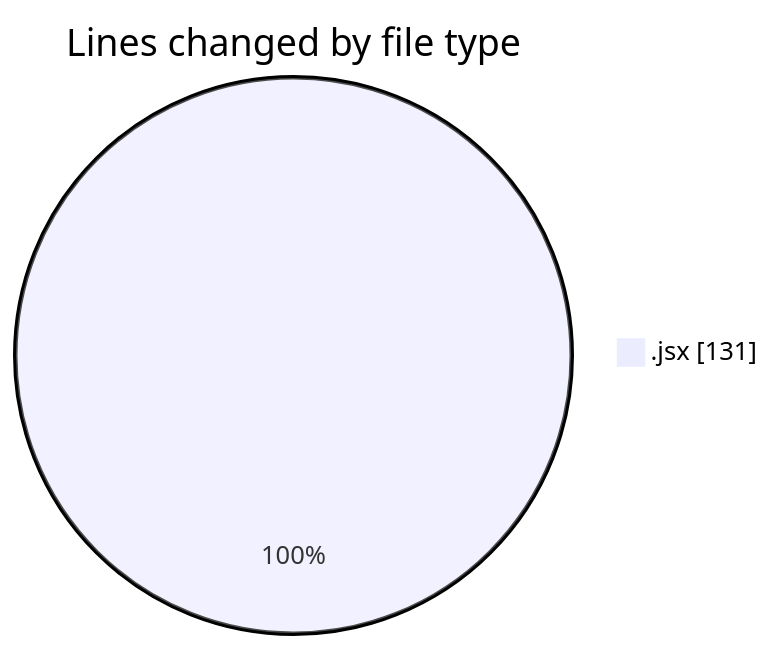
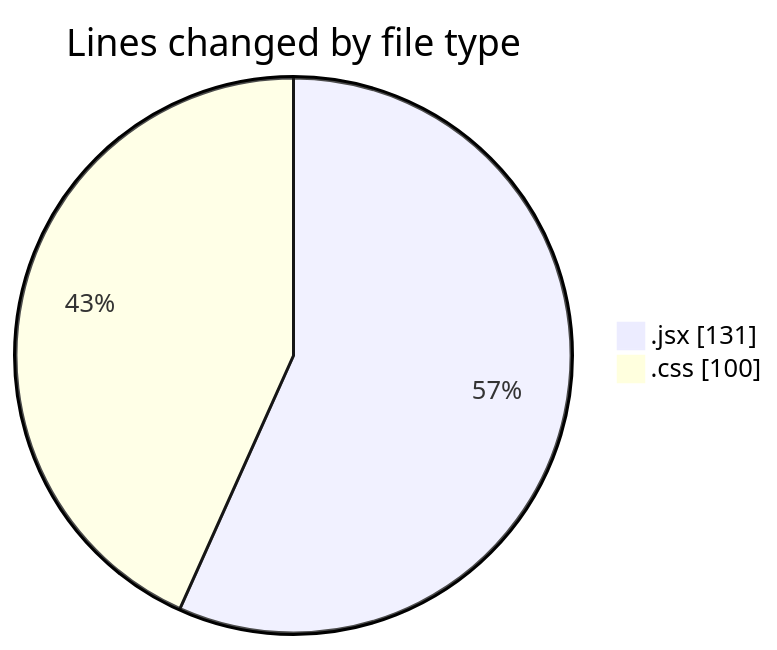
One commit to Elitesun/code-tracking changed the first of 2 diagrams in 2025-03-08/elitesgpt/README.md. Above: the diagram before and after it, drawn with Mermaid. The commit also changed other lines of this file and 1 other file, not shown here.

````diff
--- a/2025-03-08/elitesgpt/README.md
+++ b/2025-03-08/elitesgpt/README.md
@@ -20,5 +21,6 @@
 ```mermaid
 pie showData
 title Lines changed by file type
 ".jsx" : 131
+".css" : 100
 ```
````
